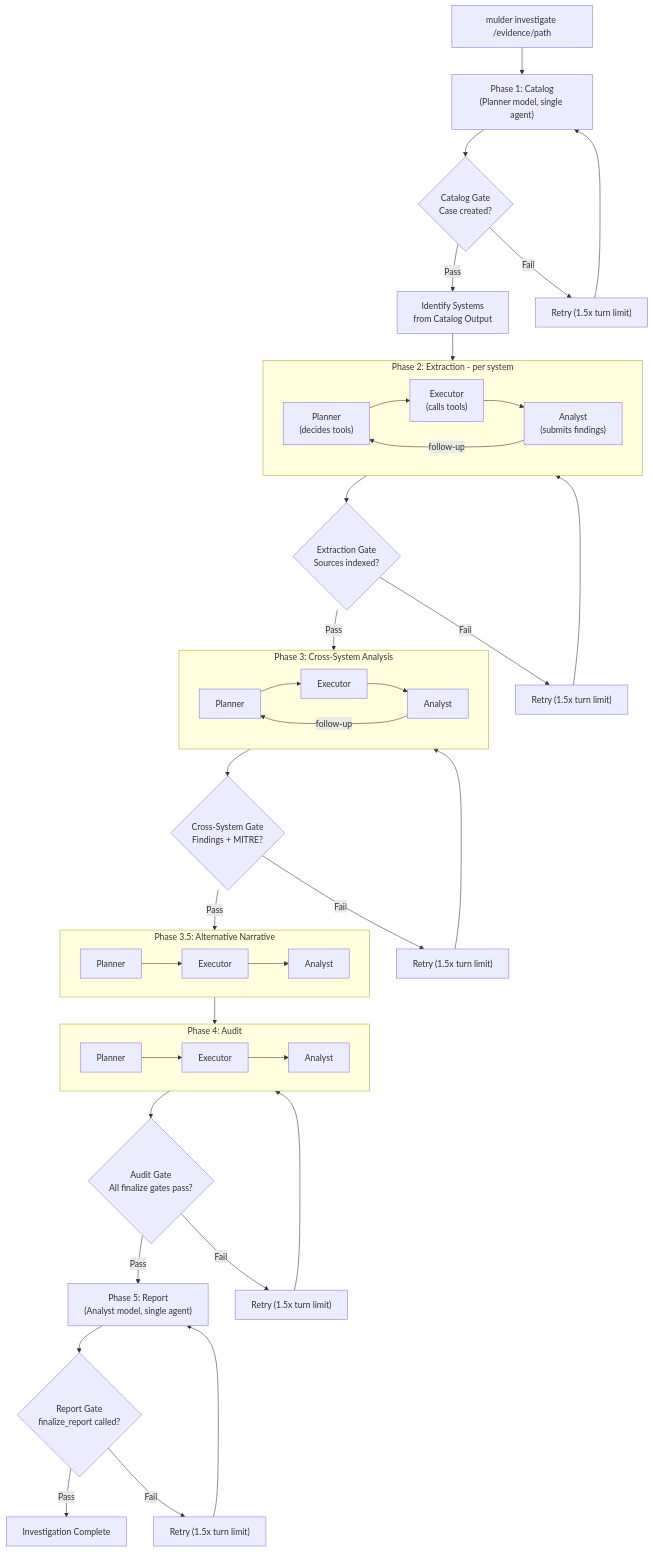
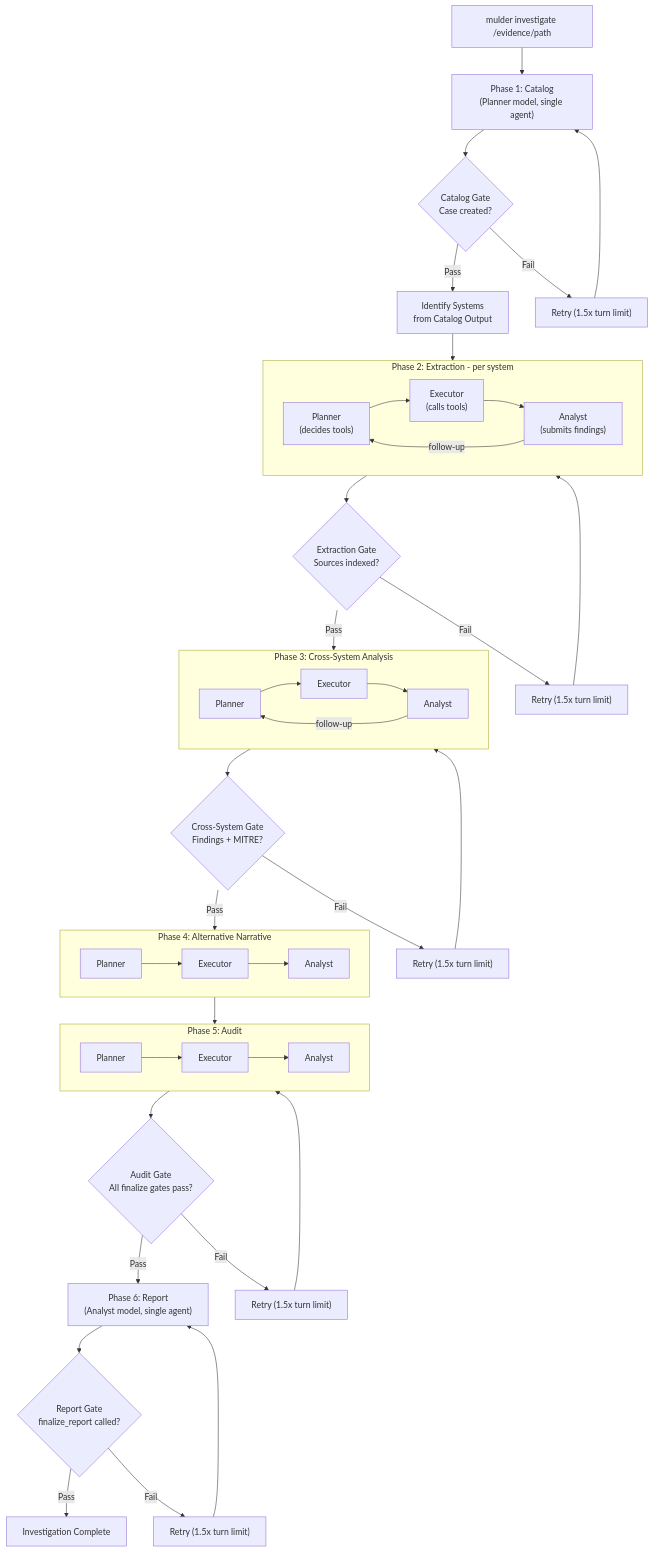
One commit to calebevans/mulder changed the fourth of 7 diagrams in docs/architecture.md. Above: the diagram before and after it, drawn with Mermaid. The commit also changed other lines of this file and 3 other files, not shown here.

````diff
--- a/docs/architecture.md
+++ b/docs/architecture.md
@@ -123,55 +123,55 @@
 ```mermaid
 flowchart TD
     start["mulder investigate /evidence/path"] --> catalog
     catalog["Phase 1: Catalog\n(Planner model, single agent)"]
     catalog --> catalogGate{"Catalog Gate\nCase created?"}
     catalogGate -->|"Pass"| identifySystems["Identify Systems\nfrom Catalog Output"]
     catalogGate -->|"Fail"| retryC["Retry (1.5x turn limit)"]
     retryC --> catalog
 
     identifySystems --> extraction
 
     subgraph extraction [Phase 2: Extraction - per system]
         ep["Planner\n(decides tools)"]
         ee["Executor\n(calls tools)"]
         ea["Analyst\n(submits findings)"]
         ep --> ee --> ea
         ea -->|"follow-up"| ep
     end
 
     extraction --> extractionGate{"Extraction Gate\nSources indexed?"}
     extractionGate -->|"Pass"| crossSystem
     extractionGate -->|"Fail"| retryE["Retry (1.5x turn limit)"]
     retryE --> extraction
 
     subgraph crossSystem [Phase 3: Cross-System Analysis]
         cp["Planner"] --> ce["Executor"] --> ca["Analyst"]
         ca -->|"follow-up"| cp
     end
 
     crossSystem --> crossGate{"Cross-System Gate\nFindings + MITRE?"}
     crossGate -->|"Pass"| altNarrative
     crossGate -->|"Fail"| retryCS["Retry (1.5x turn limit)"]
     retryCS --> crossSystem
 
-    subgraph altNarrative [Phase 3.5: Alternative Narrative]
+    subgraph altNarrative [Phase 4: Alternative Narrative]
         np["Planner"] --> ne["Executor"] --> na["Analyst"]
     end
 
     altNarrative --> audit
 
-    subgraph audit [Phase 4: Audit]
+    subgraph audit [Phase 5: Audit]
         ap["Planner"] --> ae["Executor"] --> aa["Analyst"]
     end
 
     audit --> auditGate{"Audit Gate\nAll finalize gates pass?"}
     auditGate -->|"Pass"| report
     auditGate -->|"Fail"| retryA["Retry (1.5x turn limit)"]
     retryA --> audit
 
-    report["Phase 5: Report\n(Analyst model, single agent)"]
+    report["Phase 6: Report\n(Analyst model, single agent)"]
     report --> reportGate{"Report Gate\nfinalize_report called?"}
     reportGate -->|"Pass"| done["Investigation Complete"]
     reportGate -->|"Fail"| retryR["Retry (1.5x turn limit)"]
     retryR --> report
 ```
````
